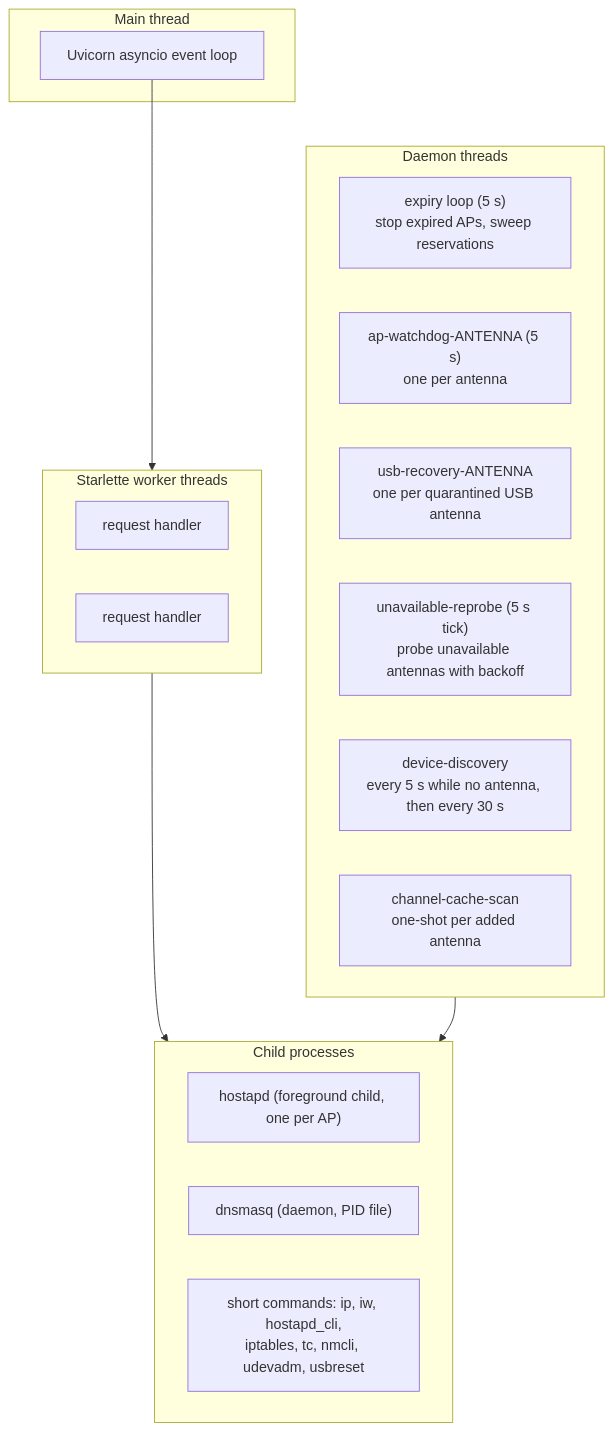
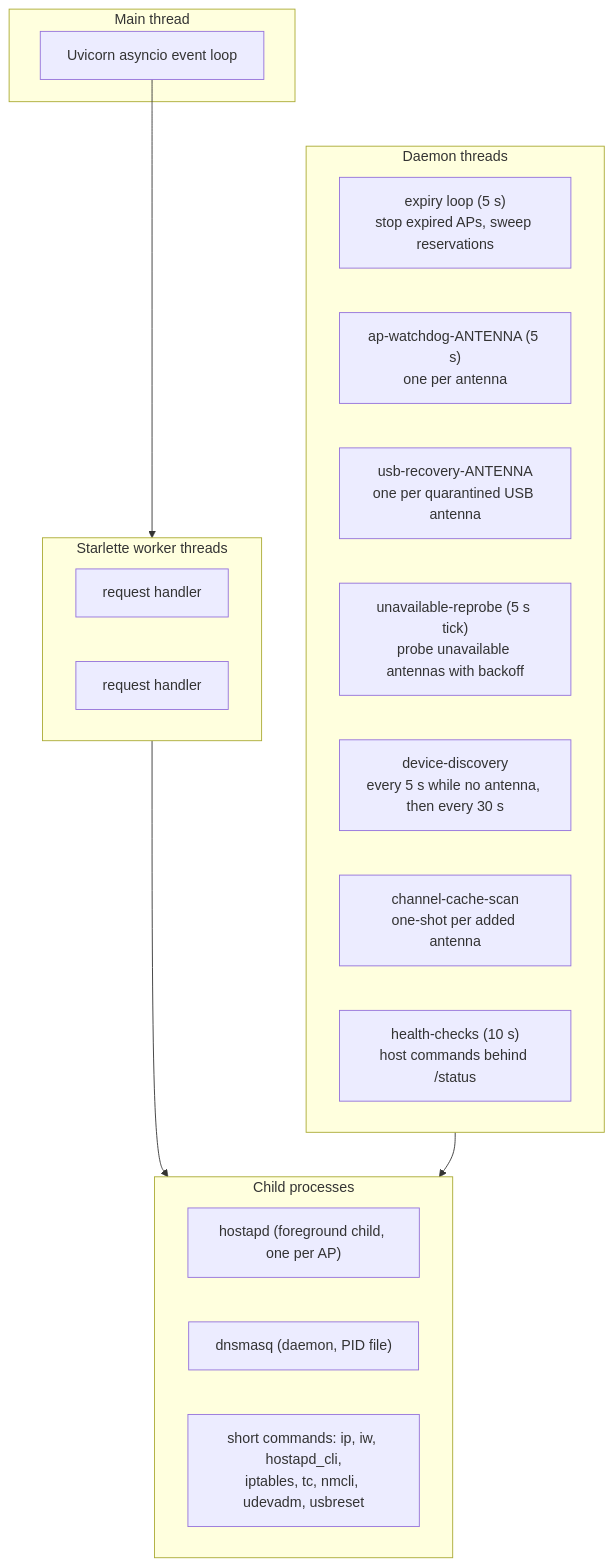
One commit to caporalesimone/wi-lab changed the fifth of 15 diagrams in docs/architecture.md. Above: the diagram before and after it, drawn with Mermaid. The commit also changed other lines of this file and 8 other files, not shown here.

First line of the commit message:
perf: health checks in the background, /status runs no host command

````diff
--- a/docs/architecture.md
+++ b/docs/architecture.md
@@ -242,26 +243,27 @@
 ```mermaid
 flowchart TB
     subgraph EventLoop["Main thread"]
         EL["Uvicorn asyncio event loop"]
     end
     subgraph Pool["Starlette worker threads"]
         H1["request handler"]
         H2["request handler"]
     end
     subgraph Background["Daemon threads"]
         EX["expiry loop (5 s)<br/>stop expired APs, sweep reservations"]
         WDT["ap-watchdog-ANTENNA (5 s)<br/>one per antenna"]
         UR["usb-recovery-ANTENNA<br/>one per quarantined USB antenna"]
         RP["unavailable-reprobe (5 s tick)<br/>probe unavailable antennas with backoff"]
         DS["device-discovery<br/>every 5 s while no antenna, then every 30 s"]
         CC["channel-cache-scan<br/>one-shot per added antenna"]
+        HC["health-checks (10 s)<br/>host commands behind /status"]
     end
     subgraph Children["Child processes"]
         HP["hostapd (foreground child, one per AP)"]
         DQ["dnsmasq (daemon, PID file)"]
         SC["short commands: ip, iw, hostapd_cli,<br/>iptables, tc, nmcli, udevadm, usbreset"]
     end
     EL --> Pool
     Pool --> Children
     Background --> Children
 ```
````
